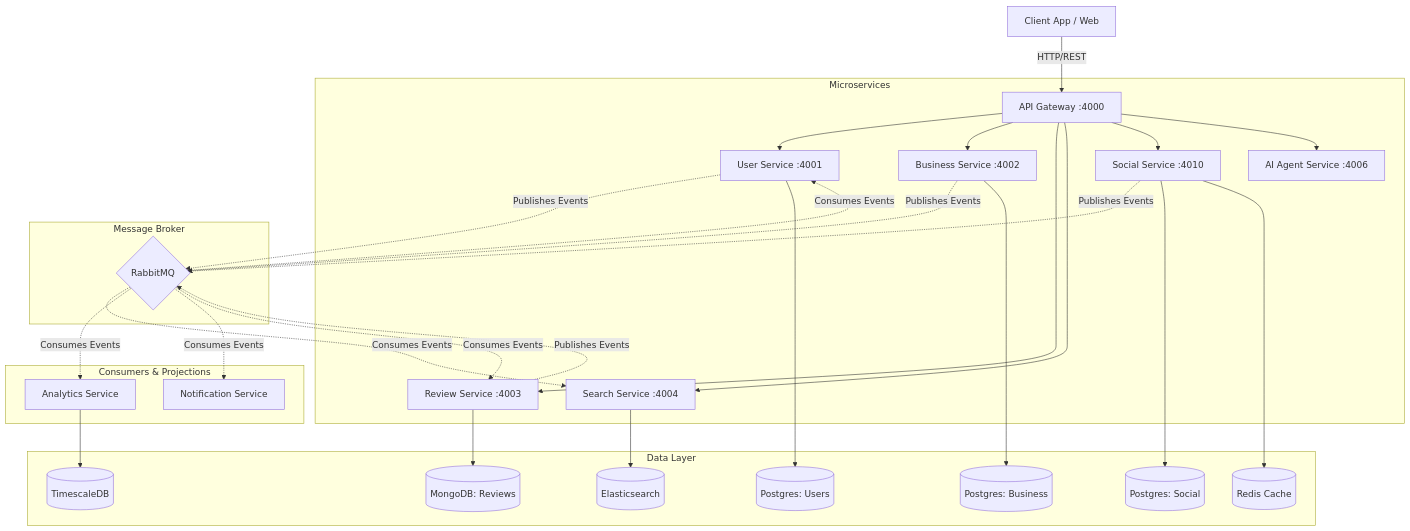
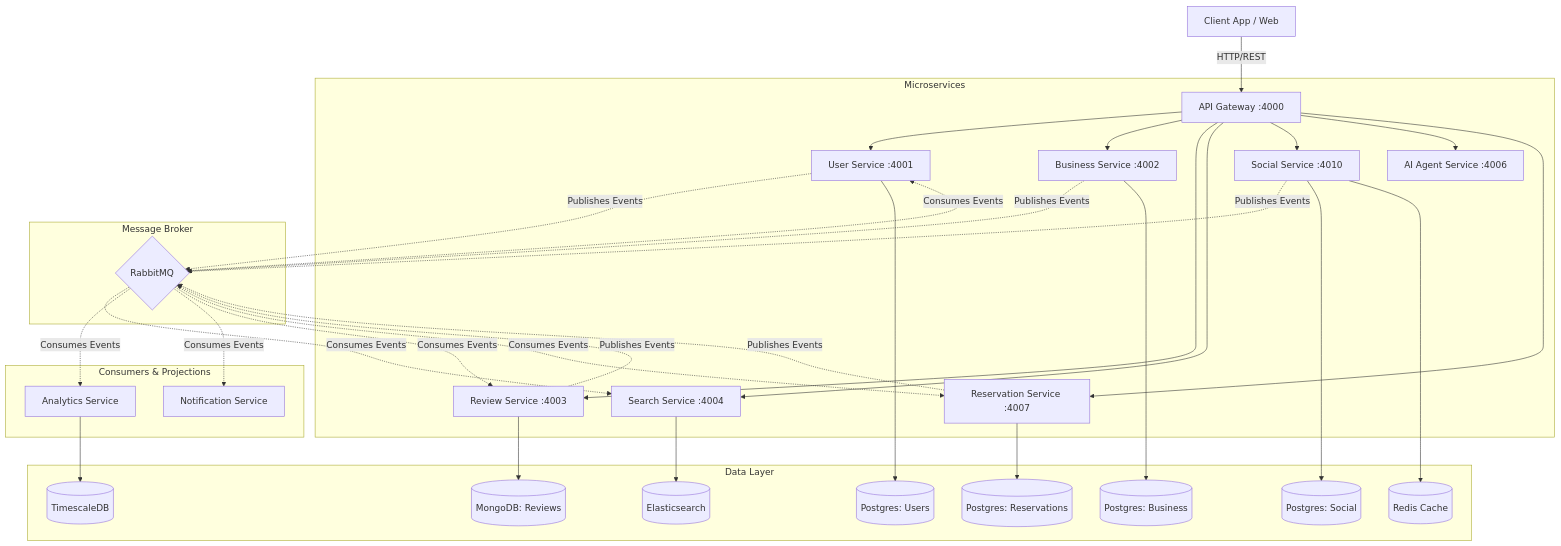
The diagram in README.md (abdulrhman-alshafee-10/Taqeem-Backend), drawn with Mermaid before and after one commit. The commit also changed other lines of this file and 17 other files, not shown here.

Commit message:
Initialize business-service and reservation-service

````diff
--- a/README.md
+++ b/README.md
@@ -9,38 +9,42 @@
 ```mermaid
 graph TD
     Client[Client App / Web] -->|HTTP/REST| Gateway[API Gateway :4000]
 
     subgraph Microservices
         Gateway --> UserSvc[User Service :4001]
         Gateway --> BizSvc[Business Service :4002]
         Gateway --> RevSvc[Review Service :4003]
         Gateway --> SearchSvc[Search Service :4004]
         Gateway --> SocialSvc[Social Service :4010]
         Gateway --> AgentSvc[AI Agent Service :4006]
+        Gateway --> ResSvc[Reservation Service :4007]
     end
 
     subgraph Message Broker
         UserSvc -.->|Publishes Events| RabbitMQ{RabbitMQ}
         BizSvc -.->|Publishes Events| RabbitMQ
         RevSvc -.->|Publishes Events| RabbitMQ
         SocialSvc -.->|Publishes Events| RabbitMQ
+        ResSvc -.->|Publishes Events| RabbitMQ
     end
 
     subgraph Consumers & Projections
         RabbitMQ -.->|Consumes Events| SearchSvc
         RabbitMQ -.->|Consumes Events| AnalyticsSvc[Analytics Service]
         RabbitMQ -.->|Consumes Events| NotificationSvc[Notification Service]
         RabbitMQ -.->|Consumes Events| RevSvc
         RabbitMQ -.->|Consumes Events| UserSvc
+        RabbitMQ -.->|Consumes Events| ResSvc
     end
 
     subgraph Data Layer
         UserSvc --> PG_User[(Postgres: Users)]
         BizSvc --> PG_Biz[(Postgres: Business)]
         SocialSvc --> PG_Social[(Postgres: Social)]
+        ResSvc --> PG_Res[(Postgres: Reservations)]
         RevSvc --> Mongo_Rev[(MongoDB: Reviews)]
         SearchSvc --> ES[(Elasticsearch)]
         AnalyticsSvc --> TS[(TimescaleDB)]
         SocialSvc --> Redis[(Redis Cache)]
     end
 ```
````
